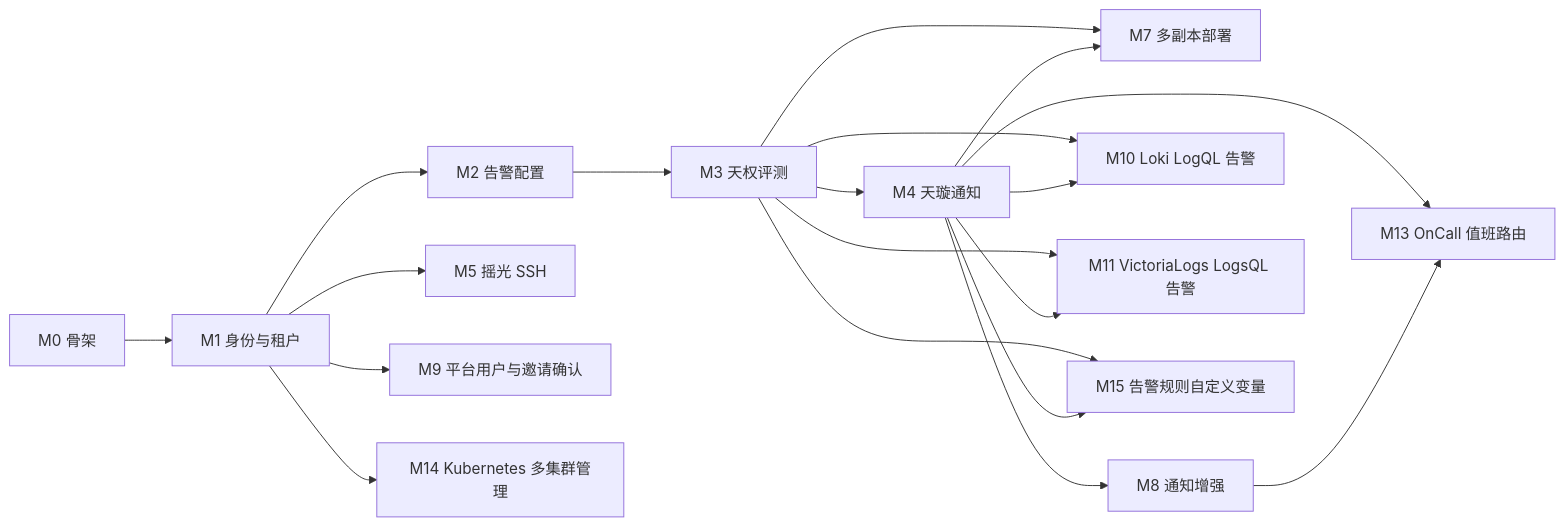
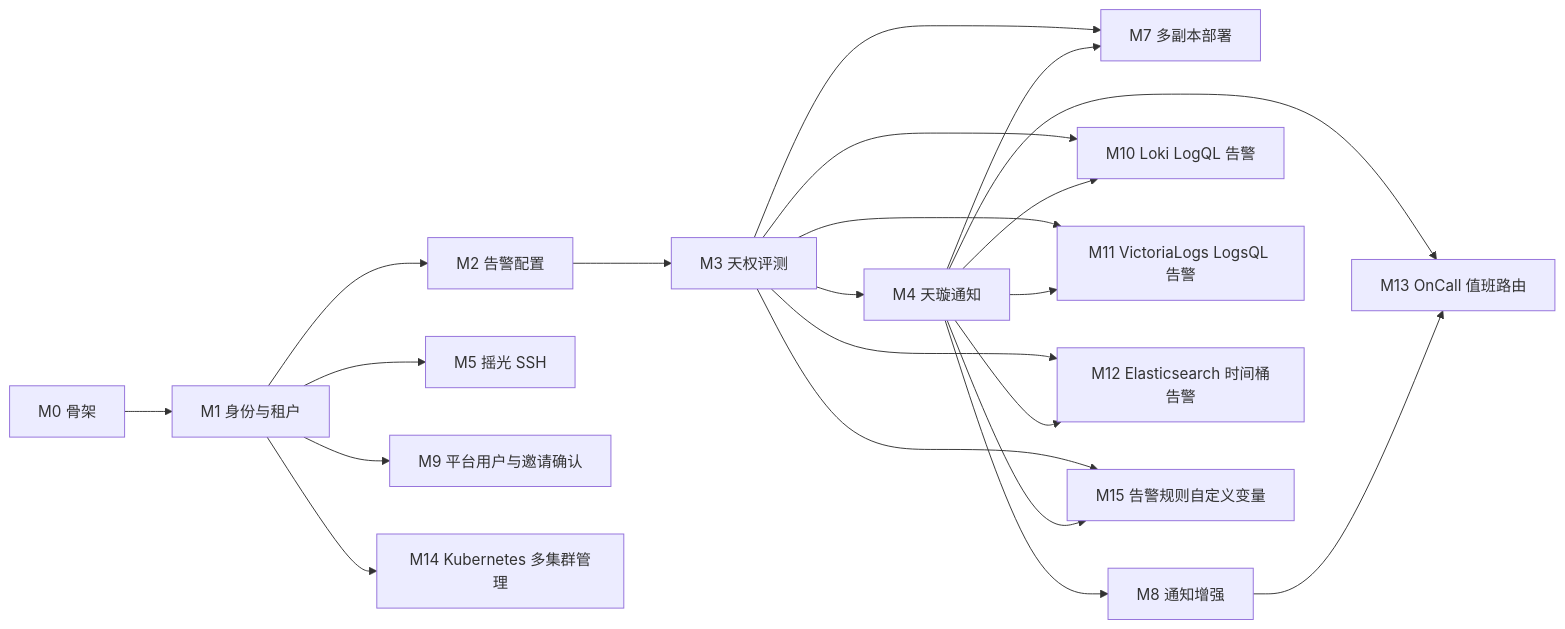
One commit to aide-family/moon changed the diagram in docs/roadmap.md. Above: the diagram before and after it, drawn with Mermaid. The commit also changed other lines of this file and 6 other files, not shown here.

First line of the commit message:
docs: put M8 and M12 back into the roadmap

````diff
--- a/docs/roadmap.md
+++ b/docs/roadmap.md
@@ -40,32 +41,35 @@
 ```mermaid
 flowchart LR
   m0[M0 骨架]
   m1[M1 身份与租户]
   m2[M2 告警配置]
   m3[M3 天权评测]
   m4[M4 天璇通知]
   m5[M5 摇光 SSH]
   m7[M7 多副本部署]
   m8[M8 通知增强]
   m9[M9 平台用户与邀请确认]
   m10[M10 Loki LogQL 告警]
   m11[M11 VictoriaLogs LogsQL 告警]
+  m12[M12 Elasticsearch 时间桶告警]
   m13[M13 OnCall 值班路由]
   m14[M14 Kubernetes 多集群管理]
   m15[M15 告警规则自定义变量]
   m0 --> m1 --> m2 --> m3 --> m4
   m1 --> m5
   m1 --> m9
   m1 --> m14
   m3 --> m7
   m4 --> m7
   m4 --> m8
   m3 --> m10
   m4 --> m10
   m3 --> m11
   m4 --> m11
+  m3 --> m12
+  m4 --> m12
   m4 --> m13
   m8 --> m13
   m3 --> m15
   m4 --> m15
 ```
````
